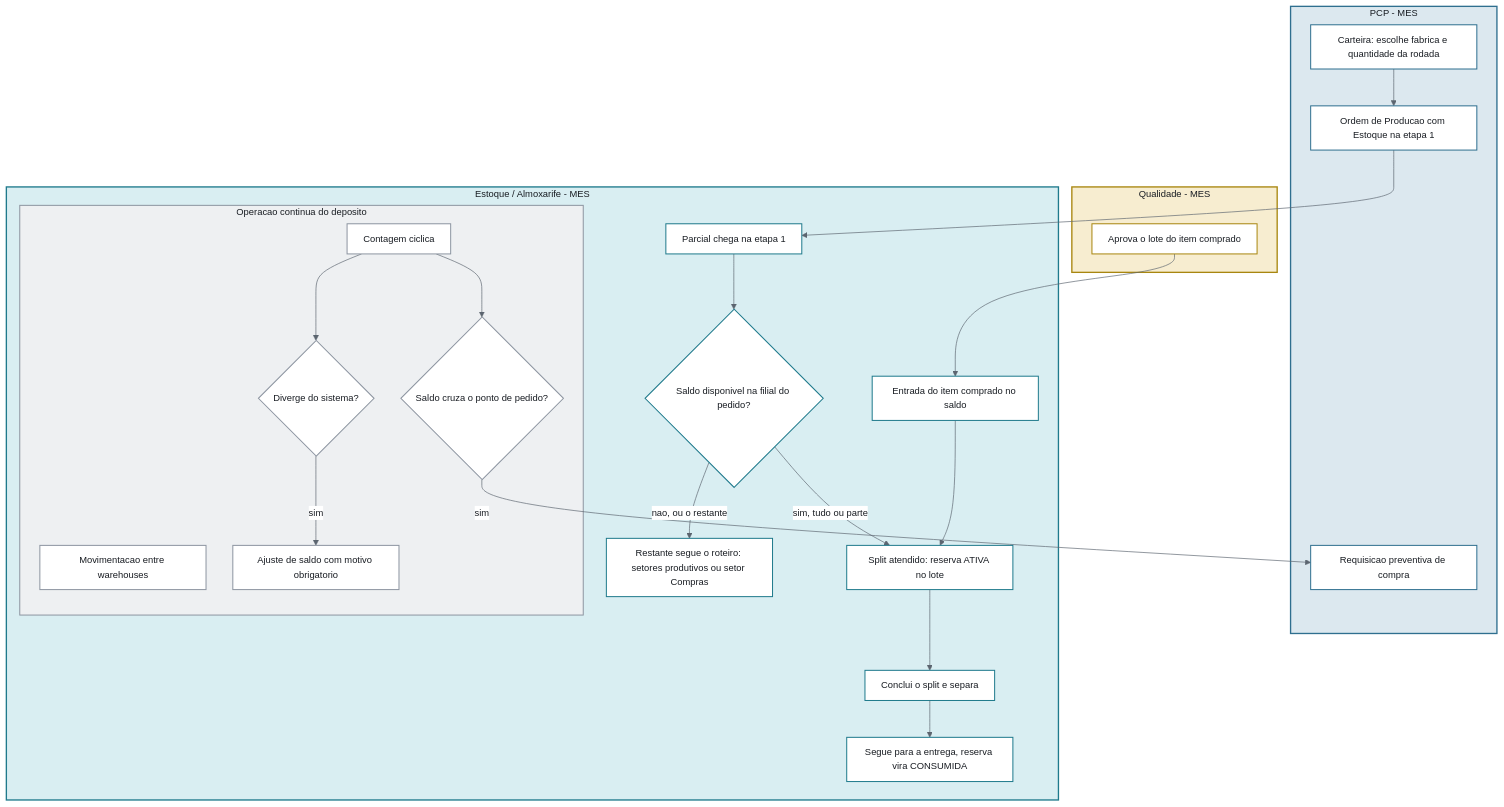
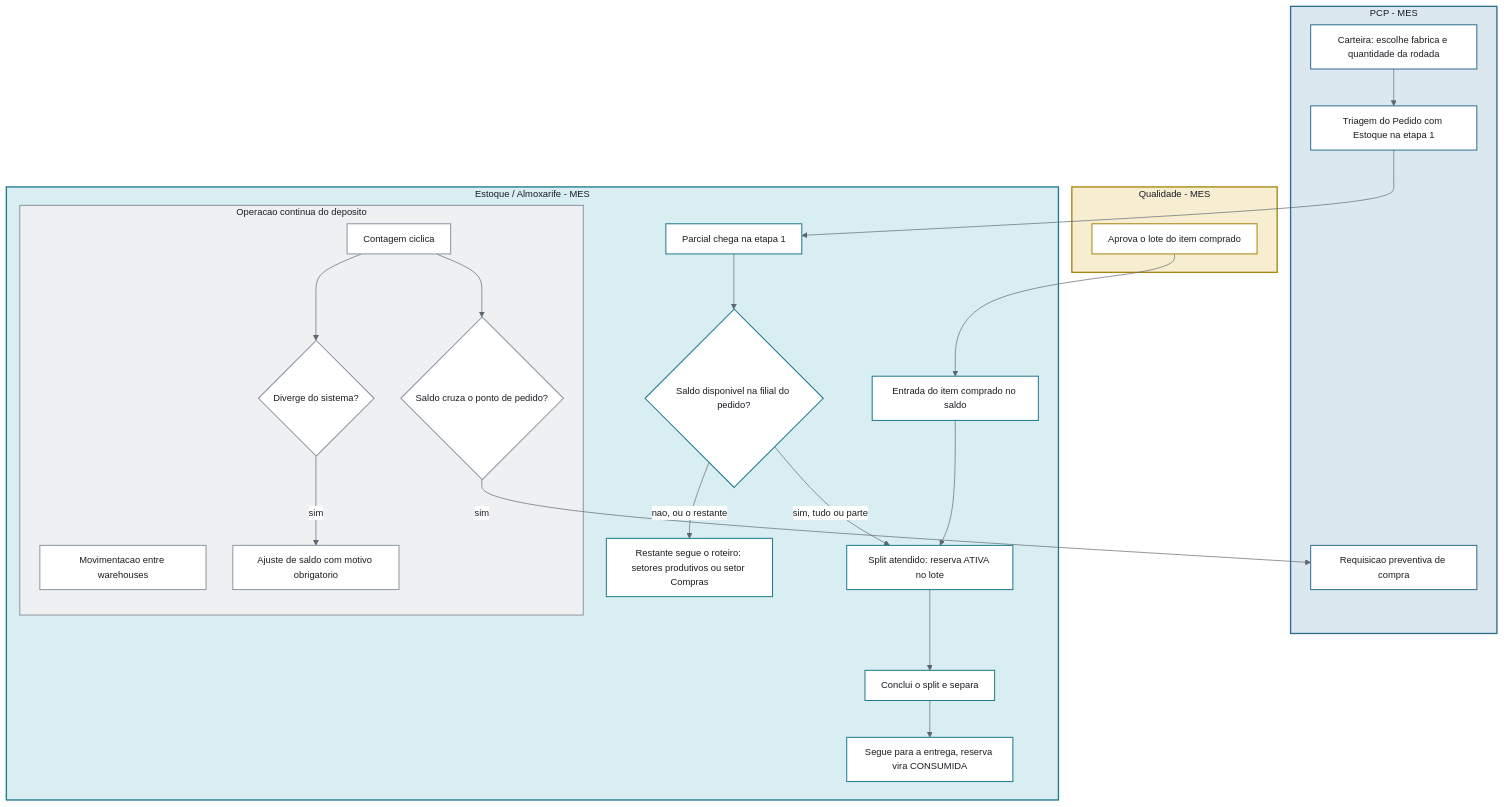
One commit to Acosvital/vault-avhub-mer changed the sixth of 6 diagrams in 01-Fluxo-Operacional/Fluxogramas-Completos.md. Above: the diagram before and after it, drawn with Mermaid. The commit also changed other lines of this file and 9 other files, not shown here.

First line of the commit message:
docs(vault): etapa do PCP passa a se chamar Triagem do Pedido; diagrama de atividades corrigido (confirmacao, laco de rodada, marcacao da Qualidade)

````diff
--- a/01-Fluxo-Operacional/Fluxogramas-Completos.md
+++ b/01-Fluxo-Operacional/Fluxogramas-Completos.md
@@ -498,62 +498,62 @@
 ```mermaid
 %%{init: {'theme': 'base', 'themeVariables': {'primaryColor': '#ffffff', 'primaryTextColor': '#181c22', 'primaryBorderColor': '#33475a', 'lineColor': '#5c6570', 'fontFamily': 'Source Sans 3, sans-serif', 'fontSize': '14px', 'edgeLabelBackground': '#ffffff', 'textColor': '#181c22'}, 'flowchart': {'nodeSpacing': 40, 'rankSpacing': 55, 'padding': 12}}}%%
 flowchart TD
     subgraph SEC_PCP[PCP - MES]
         A[Carteira: escolhe fabrica e quantidade da rodada]
-        B[Ordem de Producao com Estoque na etapa 1]
+        B[Triagem do Pedido com Estoque na etapa 1]
         I[Requisicao preventiva de compra]
         A --> B
     end
 
     subgraph SEC_QUAL[Qualidade - MES]
         Q[Aprova o lote do item comprado]
     end
 
     subgraph SEC_ESTOQUE[Estoque / Almoxarife - MES]
         D[Parcial chega na etapa 1]
         C{Saldo disponivel na filial do pedido?}
         E[Split atendido: reserva ATIVA no lote]
         F[Conclui o split e separa]
         G[Restante segue o roteiro: setores produtivos ou setor Compras]
         P[Entrada do item comprado no saldo]
         X[Segue para a entrega, reserva vira CONSUMIDA]
         D --> C
         C -->|sim, tudo ou parte| E --> F --> X
         C -->|nao, ou o restante| G
         P --> E
 
         subgraph OPERACAO[Operacao continua do deposito]
             J[Movimentacao entre warehouses]
             K[Contagem ciclica]
             K --> L{Diverge do sistema?}
             L -->|sim| M[Ajuste de saldo com motivo obrigatorio]
             K --> N{Saldo cruza o ponto de pedido?}
         end
     end
 
     B --> D
     Q --> P
     N -->|sim| I
 
     style SEC_PCP fill:#dce8ef,stroke:#2f6f8f,stroke-width:2px,color:#181c22
     style SEC_QUAL fill:#f7edd0,stroke:#a8860f,stroke-width:2px,color:#181c22
     style SEC_ESTOQUE fill:#d9eef2,stroke:#1f7a8c,stroke-width:2px,color:#181c22
     style OPERACAO fill:#eef0f2,stroke:#8d95a1,stroke-width:1.5px,color:#181c22
 
     style A fill:#ffffff,stroke:#2f6f8f,stroke-width:1.5px,color:#181c22
     style B fill:#ffffff,stroke:#2f6f8f,stroke-width:1.5px,color:#181c22
     style I fill:#ffffff,stroke:#2f6f8f,stroke-width:1.5px,color:#181c22
     style Q fill:#ffffff,stroke:#a8860f,stroke-width:1.5px,color:#181c22
     style D fill:#ffffff,stroke:#1f7a8c,stroke-width:1.5px,color:#181c22
     style C fill:#ffffff,stroke:#1f7a8c,stroke-width:1.5px,color:#181c22
     style E fill:#ffffff,stroke:#1f7a8c,stroke-width:1.5px,color:#181c22
     style F fill:#ffffff,stroke:#1f7a8c,stroke-width:1.5px,color:#181c22
     style G fill:#ffffff,stroke:#1f7a8c,stroke-width:1.5px,color:#181c22
     style P fill:#ffffff,stroke:#1f7a8c,stroke-width:1.5px,color:#181c22
     style X fill:#ffffff,stroke:#1f7a8c,stroke-width:1.5px,color:#181c22
     style J fill:#ffffff,stroke:#8d95a1,stroke-width:1.5px,color:#181c22
     style K fill:#ffffff,stroke:#8d95a1,stroke-width:1.5px,color:#181c22
     style L fill:#ffffff,stroke:#8d95a1,stroke-width:1.5px,color:#181c22
     style M fill:#ffffff,stroke:#8d95a1,stroke-width:1.5px,color:#181c22
     style N fill:#ffffff,stroke:#8d95a1,stroke-width:1.5px,color:#181c22
 ```
````
